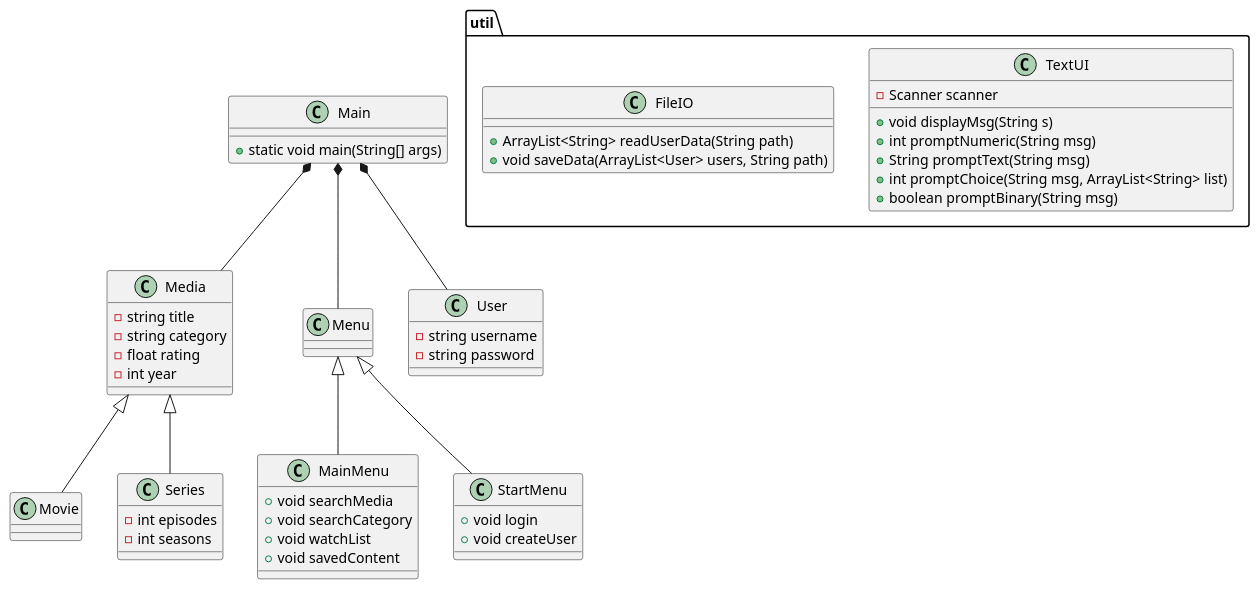
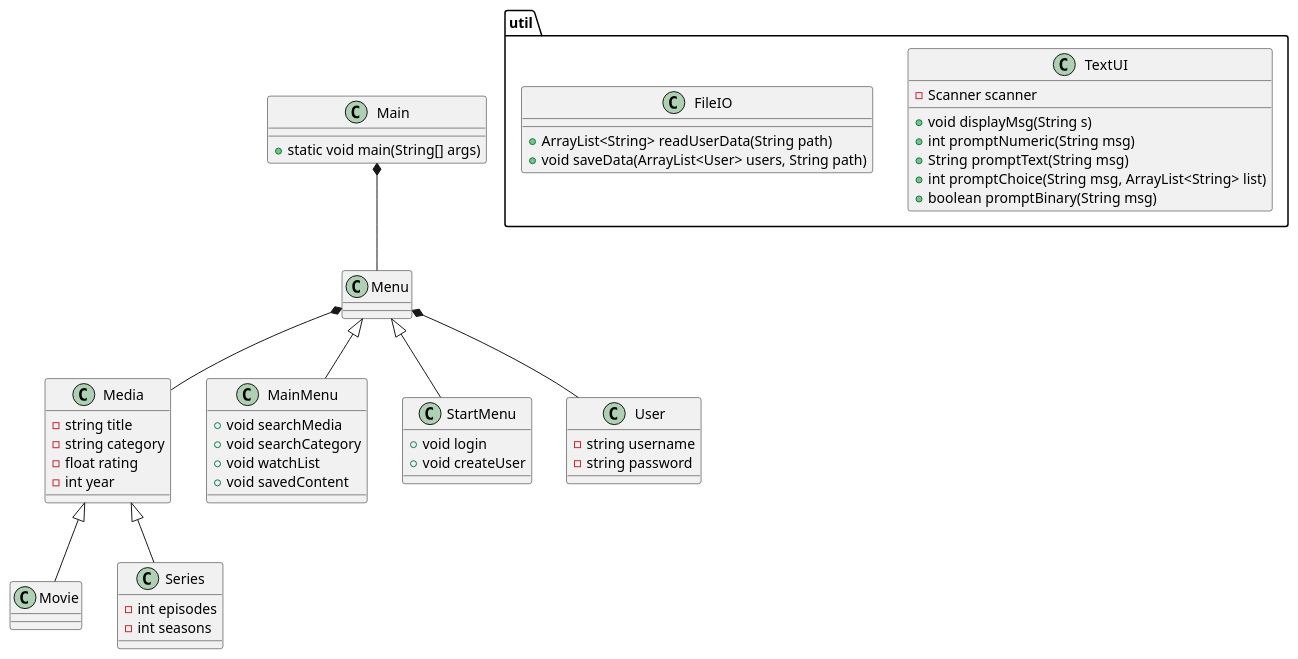
One commit to b-rino/SP3 changed the diagram in docs/classdiagram_v0.puml. Above: the diagram before and after it, drawn with PlantUML. The commit also changed 1 other file, not shown here.

Commit message:
update domainemodel and classdiagram

```diff
--- a/docs/classdiagram_v0.puml
+++ b/docs/classdiagram_v0.puml
@@ -1,72 +1,72 @@
 @startuml
 class Main{
 + static void main(String[] args)
 }
 
 class Media{
 - string title
 - string category
 - float rating
 - int year
 
 }
 
 class Menu{
 
 }
 
 class MainMenu {
     + void searchMedia
     + void searchCategory
     + void watchList
     + void savedContent
 }
 
 class StartMenu {
     + void login
     + void createUser
 
 }
 
 
 class Movie{
 }
 
 class Series{
 - int episodes
 - int seasons
 }
 
 class User{
 - string username
 - string password
 }
 
 package "util" {
 class TextUI{
 - Scanner scanner
 
 +void displayMsg(String s)
 +int promptNumeric(String msg)
 +String promptText(String msg)
 +int promptChoice(String msg, ArrayList<String> list)
 +boolean promptBinary(String msg)
 }
 class FileIO{
 +ArrayList<String> readUserData(String path)
 +void saveData(ArrayList<User> users, String path)
 }
 }
 
-Main *-- Media
+Menu *-- Media
 Media<|--Series
 Media <|-- Movie
-Main *-- User
+Menu *-- User
 Main *-- Menu
 Menu <|-- MainMenu
 Menu <|-- StartMenu
 
 
 
 
 @enduml
```
